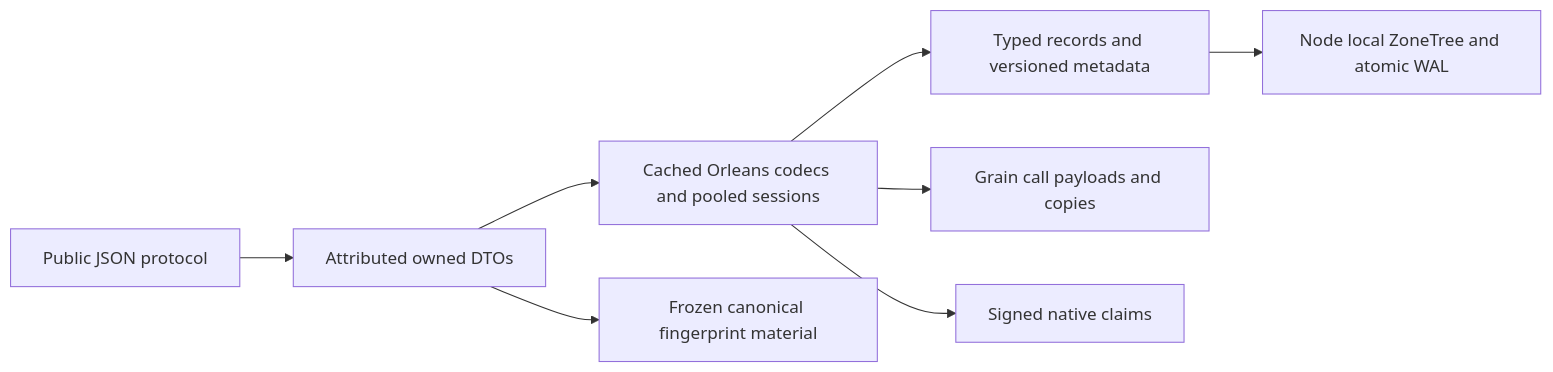
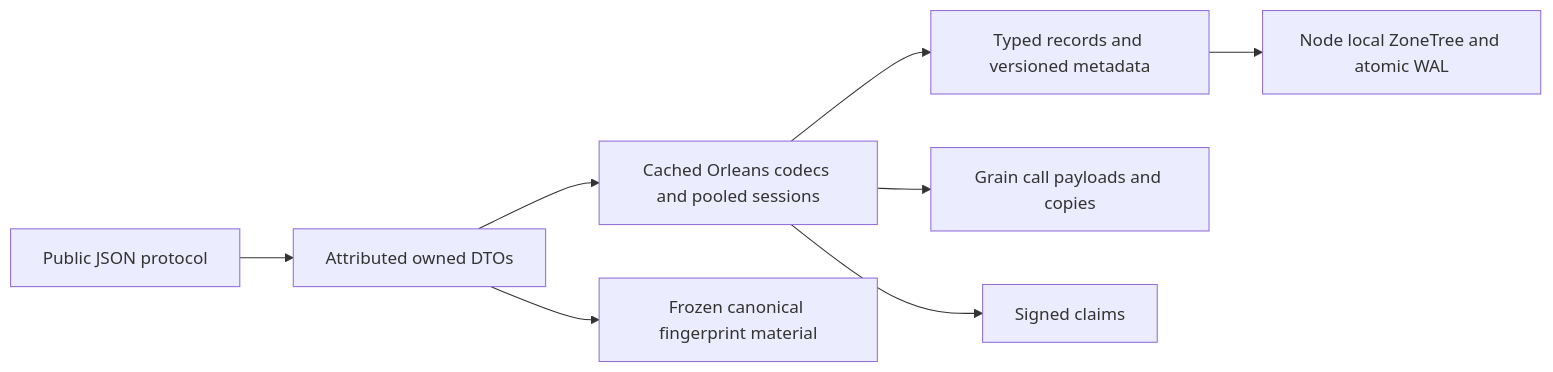
Diagram 13 of 30 in docs/Architecture.md (managedcode/KeyLoad), drawn with Mermaid before and after one commit. The commit also changed other lines of this file and 9016 other files, not shown here.

````diff
--- a/docs/Architecture.md
+++ b/docs/Architecture.md
@@ -450,10 +459,10 @@
 ```mermaid
 flowchart LR
     Public[Public JSON protocol] --> Typed[Attributed owned DTOs]
-    Typed --> Native[Cached Orleans codecs and pooled sessions]
-    Native --> Records[Typed records and versioned metadata]
-    Native --> Calls[Grain call payloads and copies]
-    Native --> Claims[Signed native claims]
+    Typed --> Execution[Cached Orleans codecs and pooled sessions]
+    Execution --> Records[Typed records and versioned metadata]
+    Execution --> Calls[Grain call payloads and copies]
+    Execution --> Claims[Signed claims]
     Records --> Files[Node local ZoneTree and atomic WAL]
     Typed --> Identity[Frozen canonical fingerprint material]
 ```
````
